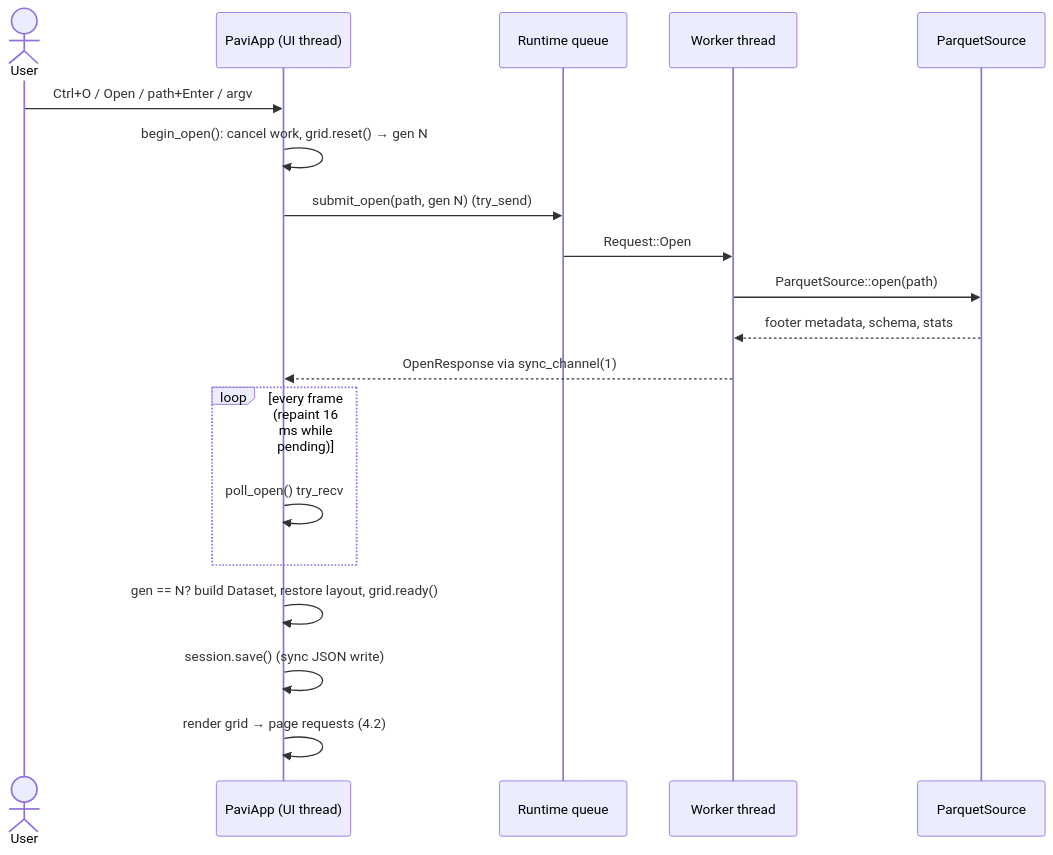
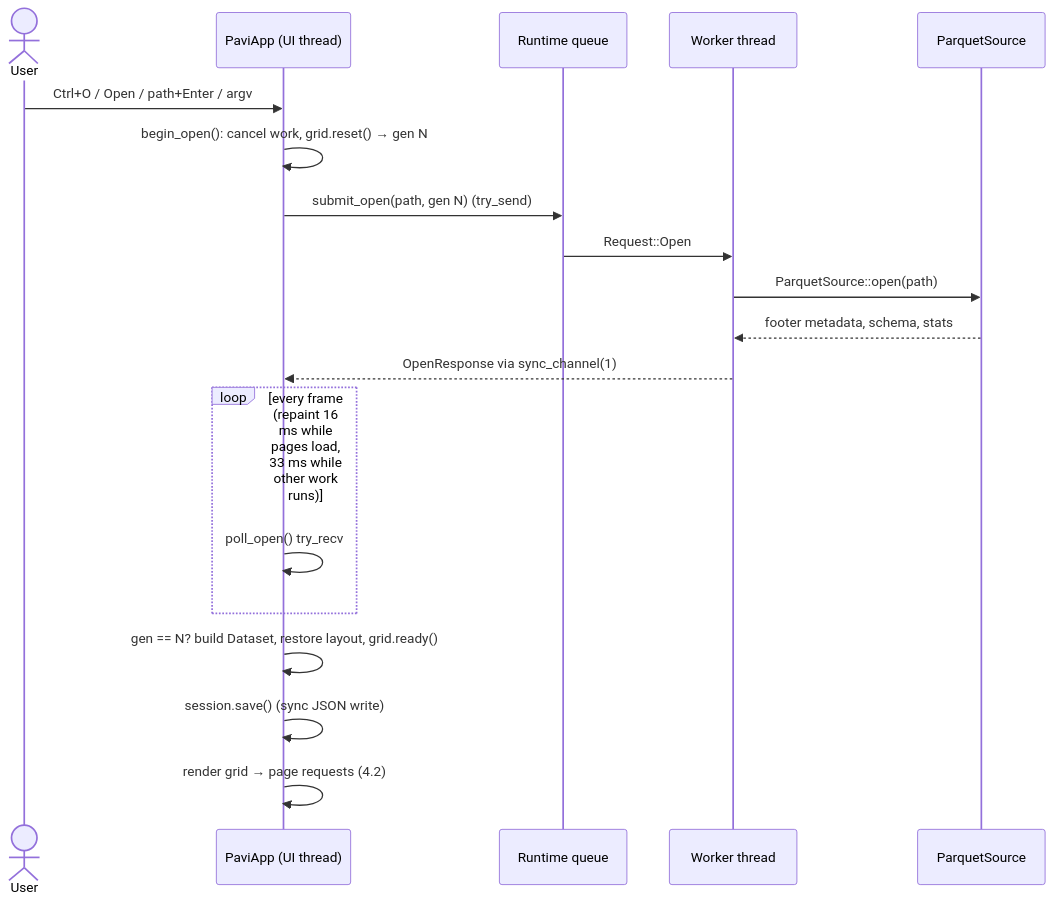
One commit to elshanhsynv/pavi changed the first of 8 diagrams in docs/architecture/data-flows.md. Above: the diagram before and after it, drawn with Mermaid. The commit also changed 12 other files, not shown here.

First line of the commit message:
Redraw 30 times a second while a long job runs, not every frame

````diff
--- a/docs/architecture/data-flows.md
+++ b/docs/architecture/data-flows.md
@@ -23,21 +23,21 @@
 ```mermaid
 sequenceDiagram
     actor User
     participant UI as PaviApp (UI thread)
     participant RT as Runtime queue
     participant W as Worker thread
     participant PS as ParquetSource
     User->>UI: Ctrl+O / Open / path+Enter / argv
     UI->>UI: begin_open(): cancel work, grid.reset() → gen N
     UI->>RT: submit_open(path, gen N) (try_send)
     RT->>W: Request::Open
     W->>PS: ParquetSource::open(path)
     PS-->>W: footer metadata, schema, stats
     W-->>UI: OpenResponse via sync_channel(1)
-    loop every frame (repaint 16 ms while pending)
+    loop every frame (repaint 16 ms while pages load, 33 ms while other work runs)
         UI->>UI: poll_open() try_recv
     end
     UI->>UI: gen == N? build Dataset, restore layout, grid.ready()
     UI->>UI: session.save() (sync JSON write)
     UI->>UI: render grid → page requests (4.2)
 ```
````
